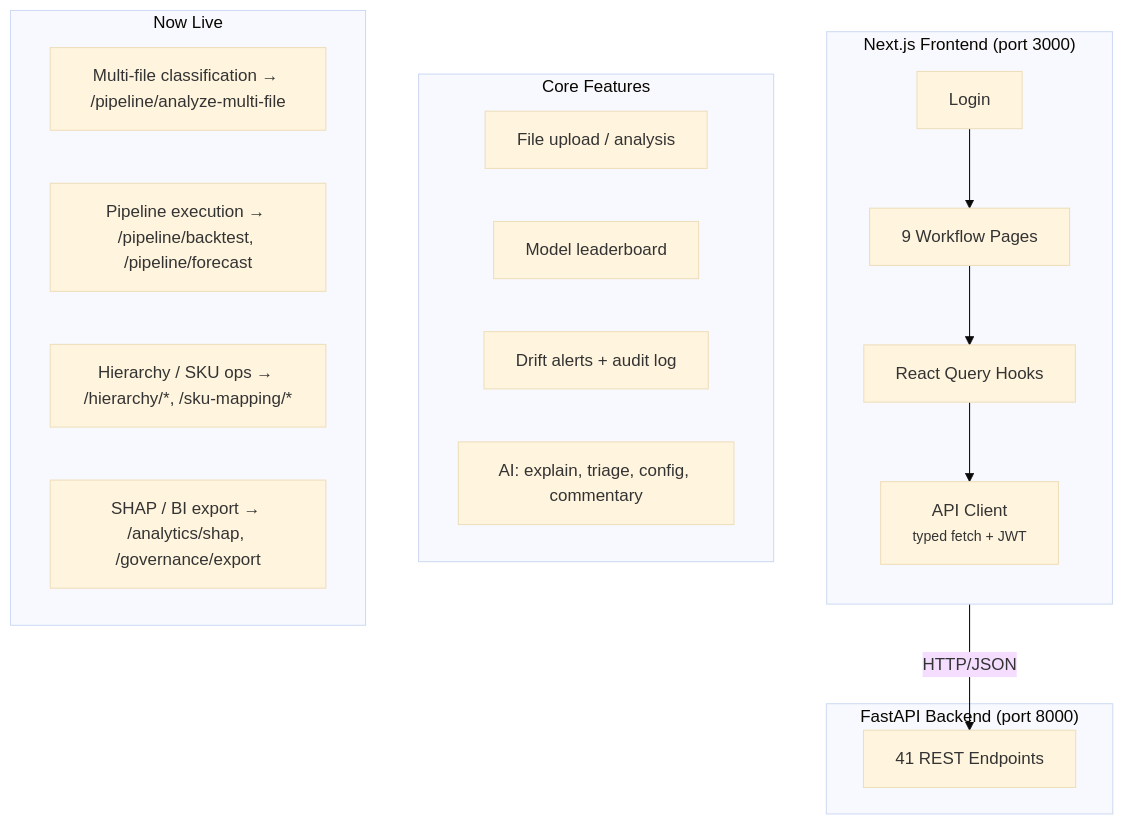
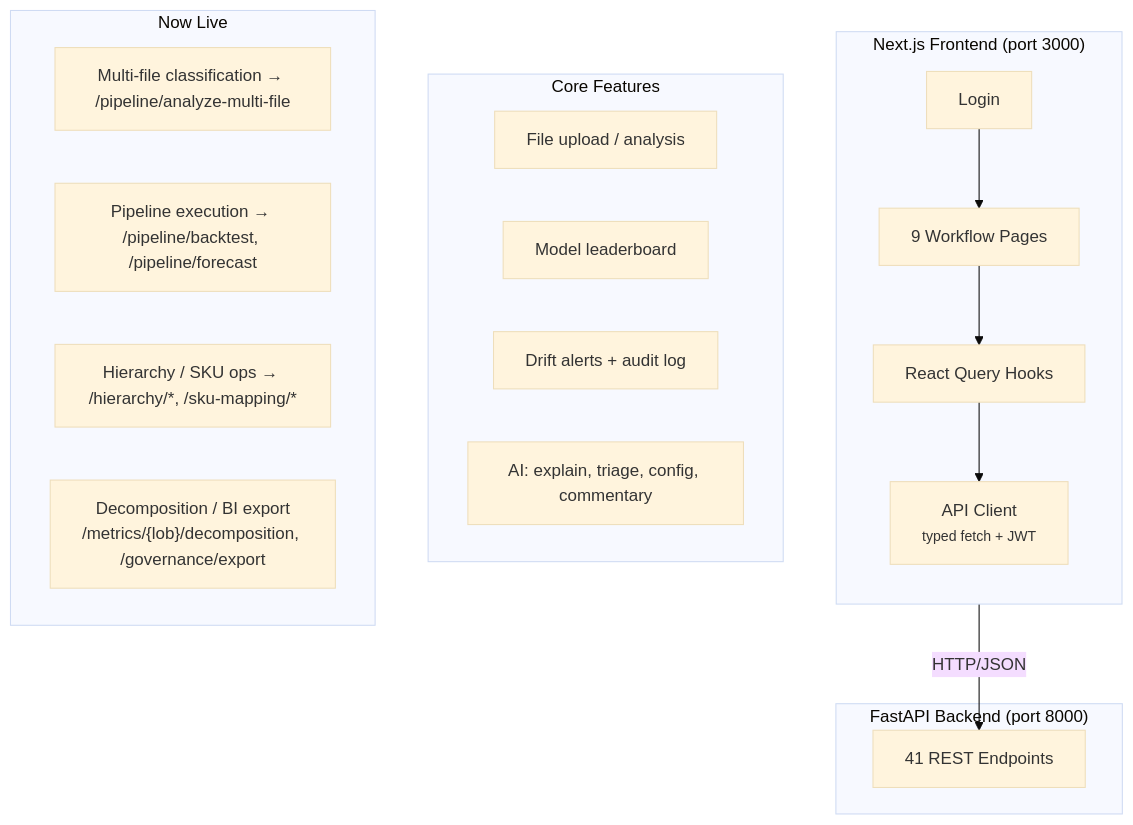
Before and after one commit to aethrixdev/sales_forecast: diagram 13 of 16 in ARCHITECTURE.md, drawn with Mermaid (base theme). The commit also changed other lines of this file and 23 other files, not shown here.

````diff
--- a/ARCHITECTURE.md
+++ b/ARCHITECTURE.md
@@ -629,29 +629,29 @@
 ```mermaid
 graph TB
     subgraph NextJS["Next.js Frontend (port 3000)"]
         direction TB
         NL["Login"] --> NP["9 Workflow Pages"]
         NP --> NH["React Query Hooks"]
         NH --> NC["API Client<br/><small>typed fetch + JWT</small>"]
     end
 
     subgraph API["FastAPI Backend (port 8000)"]
         EP["41 REST Endpoints"]
     end
 
     NC -->|HTTP/JSON| EP
 
     subgraph LiveFeatures["Core Features"]
         LF1["File upload / analysis"]
         LF2["Model leaderboard"]
         LF3["Drift alerts + audit log"]
         LF4["AI: explain, triage, config, commentary"]
     end
 
     subgraph ImplementedFeatures["Now Live"]
         IF1["Multi-file classification → /pipeline/analyze-multi-file"]
         IF2["Pipeline execution → /pipeline/backtest, /pipeline/forecast"]
         IF3["Hierarchy / SKU ops → /hierarchy/*, /sku-mapping/*"]
-        IF4["SHAP / BI export → /analytics/shap, /governance/export"]
+        IF4["Decomposition / BI export<br/>/metrics/{lob}/decomposition, /governance/export"]
     end
 ```
````
